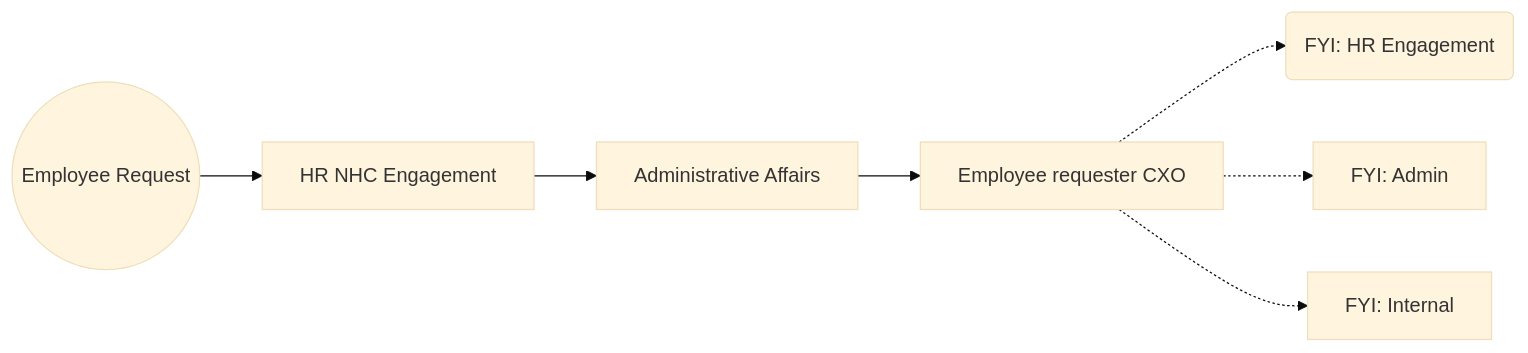
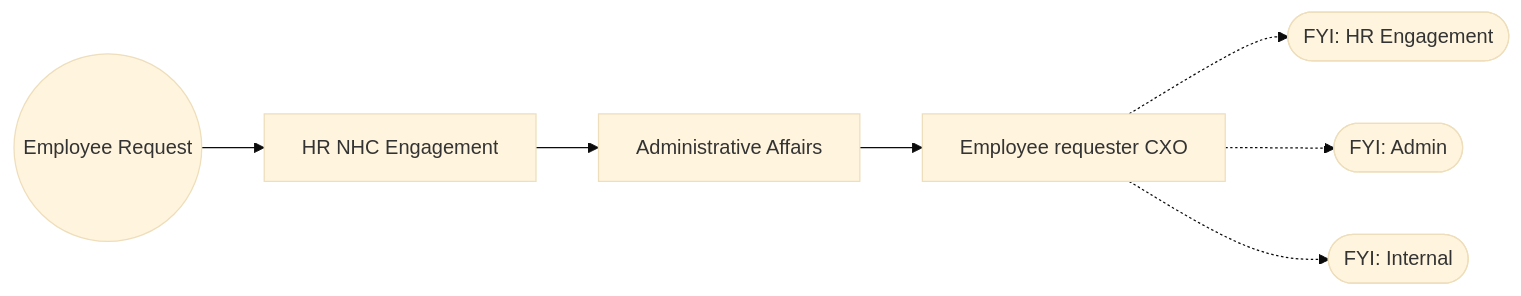
One commit to xfoxxe/dd changed the diagram in README.md. Above: the diagram before and after it, drawn with Mermaid (base theme).

````diff
--- a/README.md
+++ b/README.md
@@ -1,19 +1,19 @@
 ```mermaid
 flowchart LR
     A((Employee Request))
     B[HR NHC Engagement]
     C[Administrative Affairs]
     D[Employee requester CXO]
 
-    E(FYI: HR Engagement)
-    F[FYI: Admin]
-    G[FYI: Internal]
+    E([FYI: HR Engagement])
+    F([FYI: Admin])
+    G([FYI: Internal])
 
     A --> B
     B --> C
     C --> D
 
     D -.-> E
     D -.-> F
     D -.-> G
 ```
````
